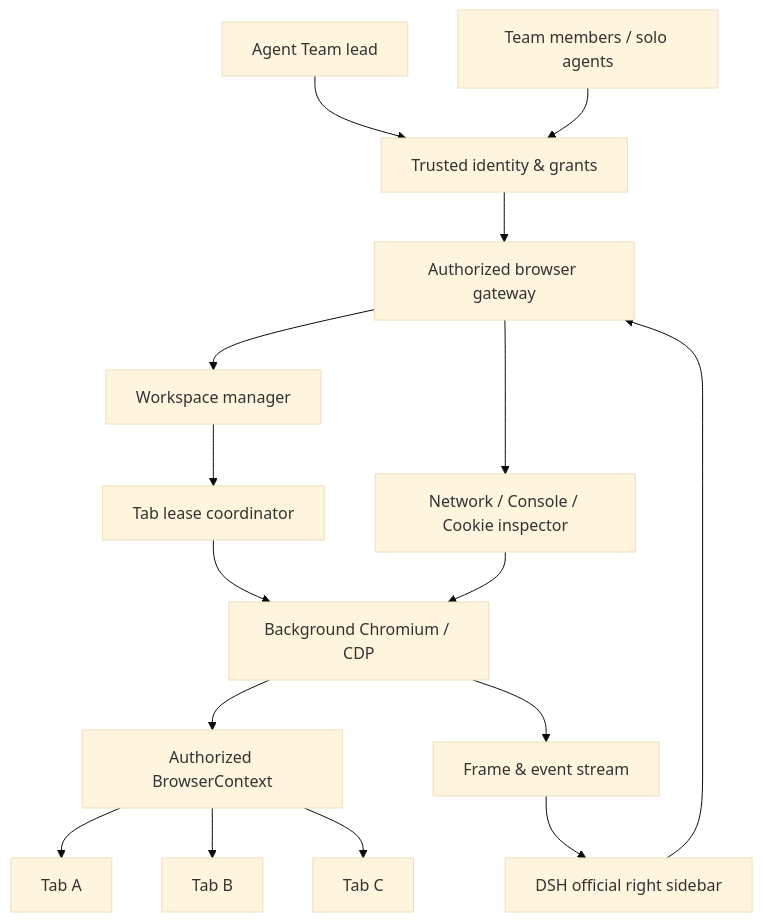
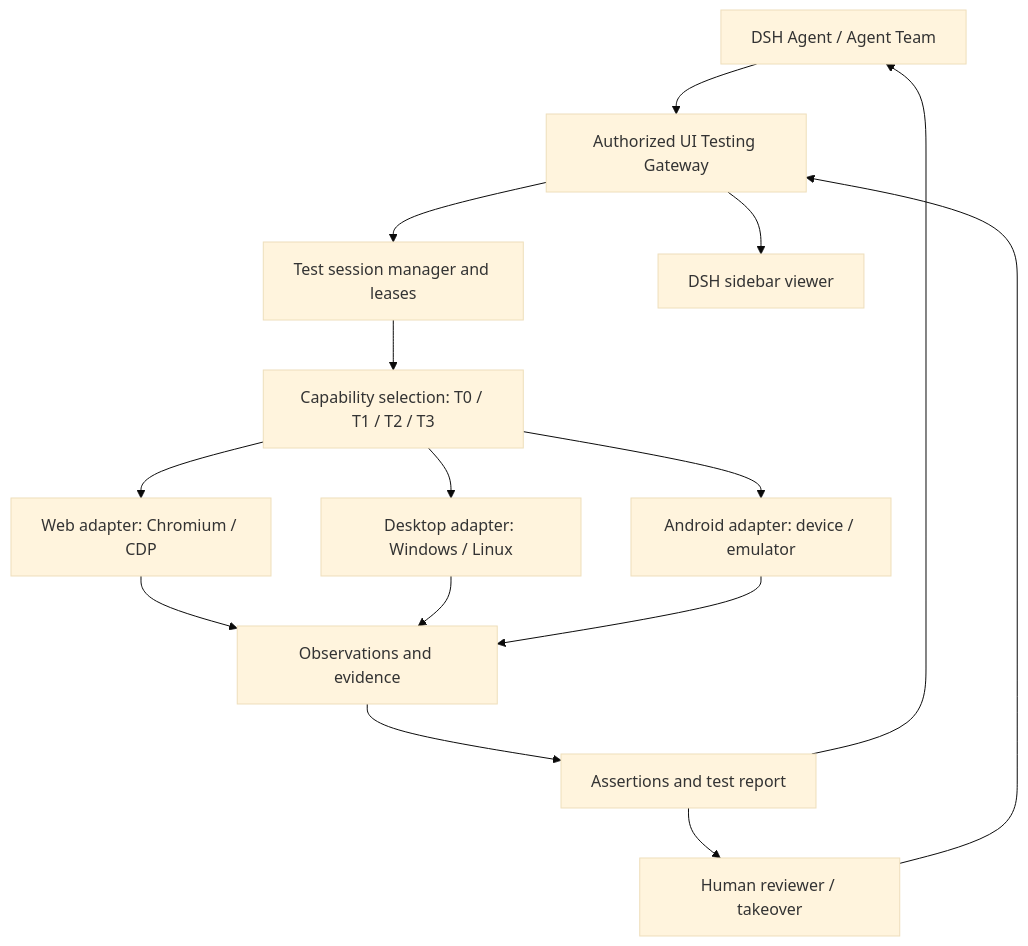
One commit to bloodarea/dsh-agent-team-ui-testing changed the diagram in README.md. Above: the diagram before and after it, drawn with Mermaid (base theme). The commit also changed other lines of this file and 2 other files, not shown here.

Commit message:
docs: rename project to UI testing

````diff
--- a/README.md
+++ b/README.md
@@ -128,18 +115,17 @@
 ```mermaid
 flowchart TD
-  Lead[Agent Team lead] --> Identity[Trusted identity & grants]
-  Mate[Team members / solo agents] --> Identity
-  Viewer[DSH official right sidebar] --> Gateway[Authorized browser gateway]
-  Identity --> Gateway
-  Gateway --> Workspace[Workspace manager]
-  Workspace --> Lease[Tab lease coordinator]
-  Lease --> Runtime[Background Chromium / CDP]
-  Runtime --> Context[Authorized BrowserContext]
-  Context --> A[Tab A]
-  Context --> B[Tab B]
-  Context --> C[Tab C]
-  Runtime --> Stream[Frame & event stream]
-  Stream --> Viewer
-  Gateway --> Debug[Network / Console / Cookie inspector]
-  Debug --> Runtime
+    A[DSH Agent / Agent Team] --> G[Authorized UI Testing Gateway]
+    H[Human reviewer / takeover] --> G
+    G --> M[Test session manager and leases]
+    G --> V[DSH sidebar viewer]
+    M --> P[Capability selection: T0 / T1 / T2 / T3]
+    P --> B[Web adapter: Chromium / CDP]
+    P --> D[Desktop adapter: Windows / Linux]
+    P --> R[Android adapter: device / emulator]
+    B --> E[Observations and evidence]
+    D --> E
+    R --> E
+    E --> X[Assertions and test report]
+    X --> A
+    X --> H
 ```
````
